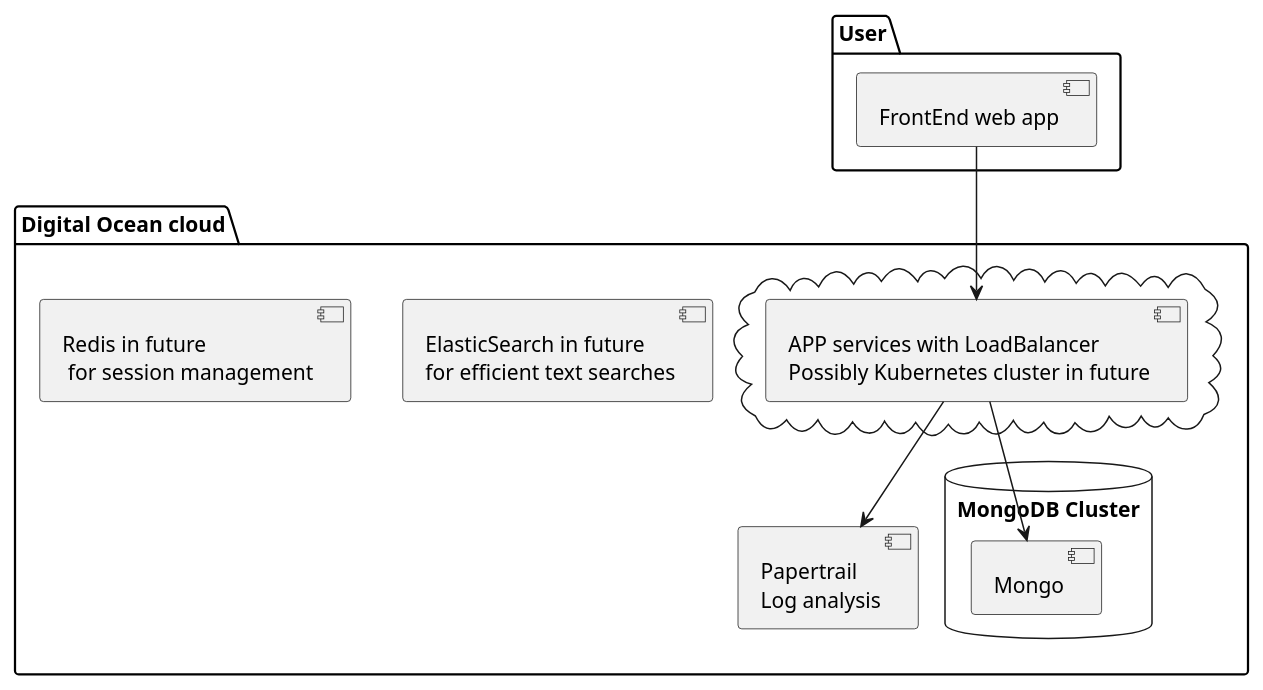
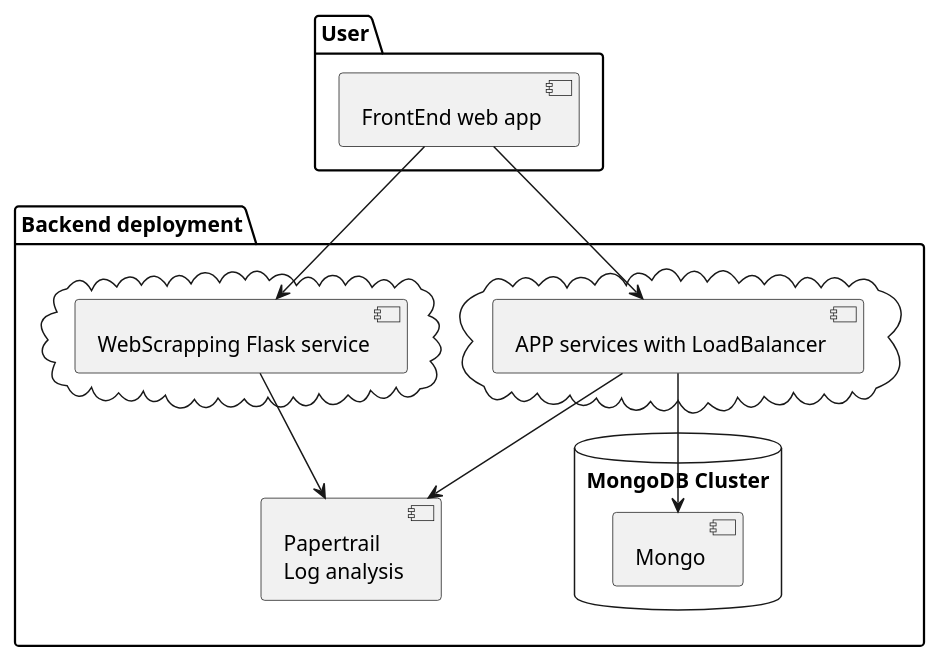
One commit to aic-factcheck/fact_checking_be changed the diagram in sys_docs/architecture.puml. Above: the diagram before and after it, drawn with PlantUML. The commit also changed 5 other files, not shown here.

Commit message:
updated architecture

```diff
--- a/sys_docs/architecture.puml
+++ b/sys_docs/architecture.puml
@@ -1,28 +1,34 @@
 @startuml Architecure overview
 
 package "User" {
   [FrontEnd web app] as fe
 }
 
-package "Digital Ocean cloud" {
+package "Backend deployment" {
 
   cloud {
-    [APP services with LoadBalancer\nPossibly Kubernetes cluster in future] as be
+    [APP services with LoadBalancer] as be
+  }
+
+  cloud {
+    [WebScrapping Flask service] as scrapping_se
   }
 
   database "MongoDB Cluster" {
     [Mongo] as mongo
   }
 
   component "Papertrail \nLog analysis" as log
 
-  component "ElasticSearch in future\nfor efficient text searches" as elastic
-  component "Redis in future\n for session management" as redis
+  ' component "ElasticSearch in future\nfor efficient text searches" as elastic
+  ' component "Redis in future\n for session management" as redis
 }
 
 
 [fe] --> [be]
+[fe] --> [scrapping_se]
 [be] --> [mongo]
 [be] --> [log]
+[scrapping_se] --> [log]
 ' [be] --> [elastic]
 @enduml
```
